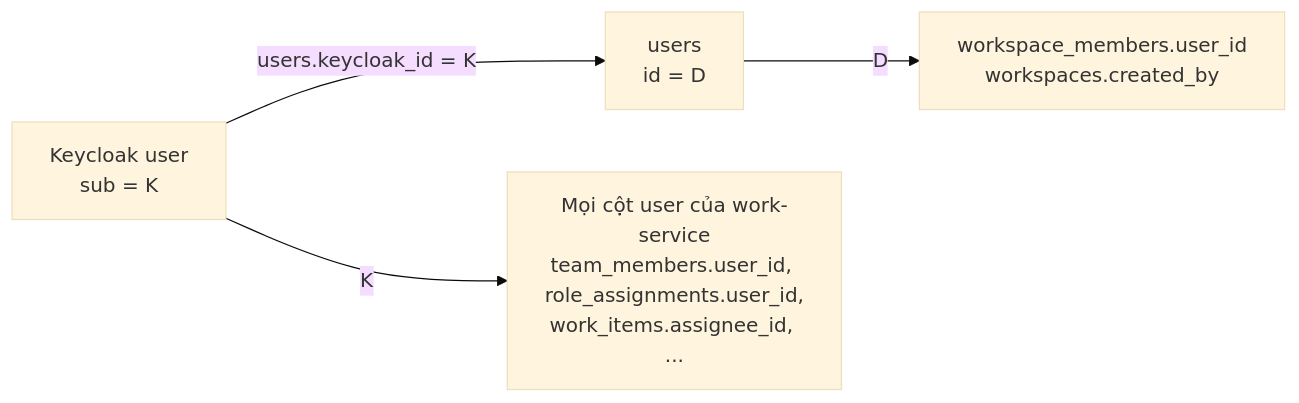
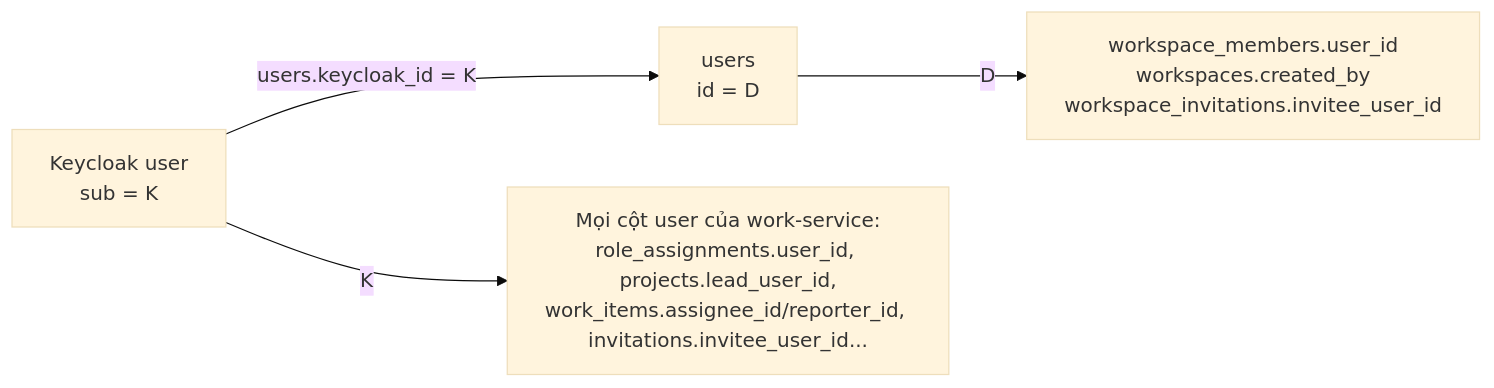
The second of 22 diagrams in formal_doc/01_QUAN_HE_THUC_THE.md (Hecker-Chuoi/DATN-2026), drawn with Mermaid (base theme) before and after one commit. The commit also changed other lines of this file and 60 other files, not shown here.

````diff
--- a/formal_doc/01_QUAN_HE_THUC_THE.md
+++ b/formal_doc/01_QUAN_HE_THUC_THE.md
@@ -66,6 +68,6 @@
 ```mermaid
 flowchart LR
     KC["Keycloak user<br/>sub = K"] -- "users.keycloak_id = K" --> U["users<br/>id = D"]
-    U -- "D" --> WM["workspace_members.user_id<br/>workspaces.created_by"]
-    KC -- "K" --> WK["Mọi cột user của work-service<br/>team_members.user_id, role_assignments.user_id,<br/>work_items.assignee_id, ..."]
+    U -- "D" --> WM["workspace_members.user_id<br/>workspaces.created_by<br/>workspace_invitations.invitee_user_id"]
+    KC -- "K" --> WK["Mọi cột user của work-service:<br/>role_assignments.user_id, projects.lead_user_id,<br/>work_items.assignee_id/reporter_id, invitations.invitee_user_id..."]
 ```
````
